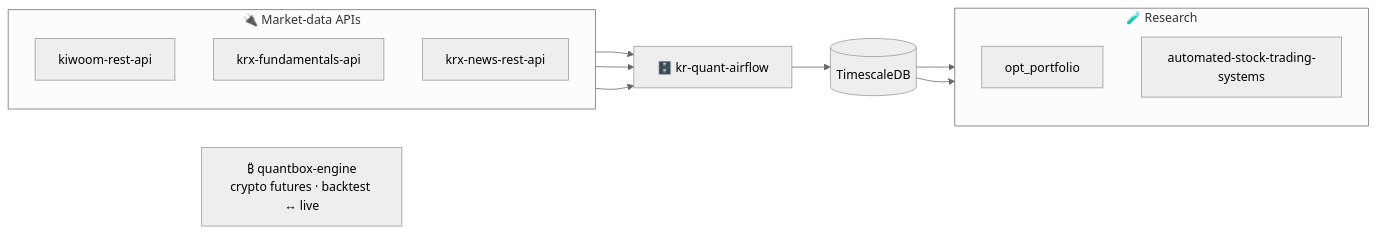
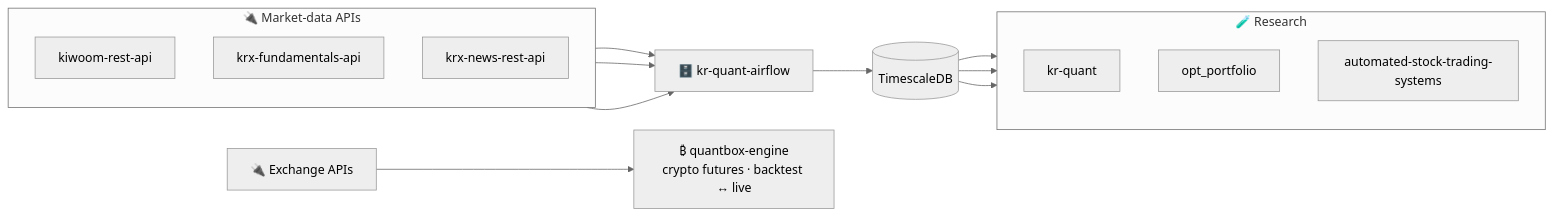
One commit to younghwan91/younghwan91 changed the diagram in README.md. Above: the diagram before and after it, drawn with Mermaid (neutral theme). The commit also changed other lines of this file, not shown here.

````diff
--- a/README.md
+++ b/README.md
@@ -36,23 +37,25 @@
 ```mermaid
 flowchart LR
     subgraph SRC["🔌 Market-data APIs"]
         direction TB
         K[kiwoom-rest-api]
         F[krx-fundamentals-api]
         NW[krx-news-rest-api]
     end
     AF["🗄️ kr-quant-airflow"]
     DB[("TimescaleDB")]
     subgraph RES["🧪 Research"]
         direction TB
+        Q[kr-quant]
         O[opt_portfolio]
         AT[automated-stock-trading-systems]
     end
     K --> AF
     F --> AF
     NW --> AF
     AF --> DB
+    DB --> Q
     DB --> O
     DB --> AT
-    CR["₿ quantbox-engine<br/>crypto futures · backtest ↔ live"]
+    EX["🔌 Exchange APIs"] --> CR["₿ quantbox-engine<br/>crypto futures · backtest ↔ live"]
 ```
````
